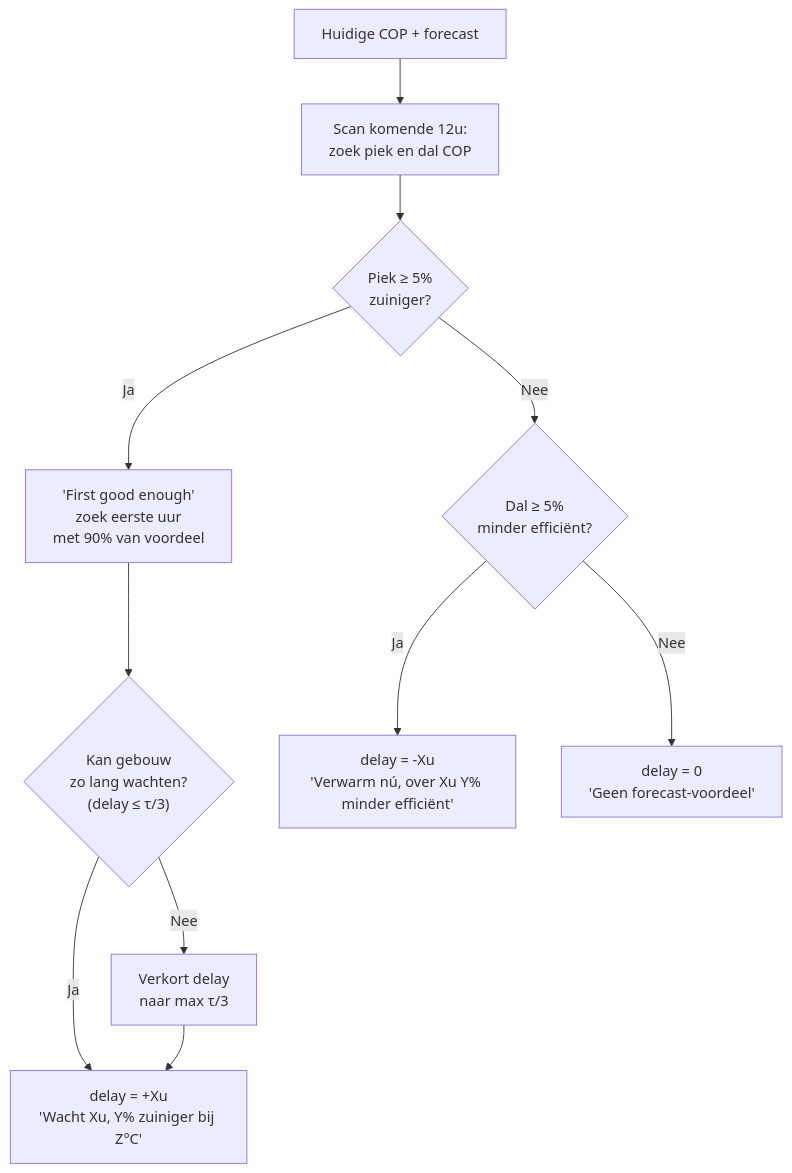
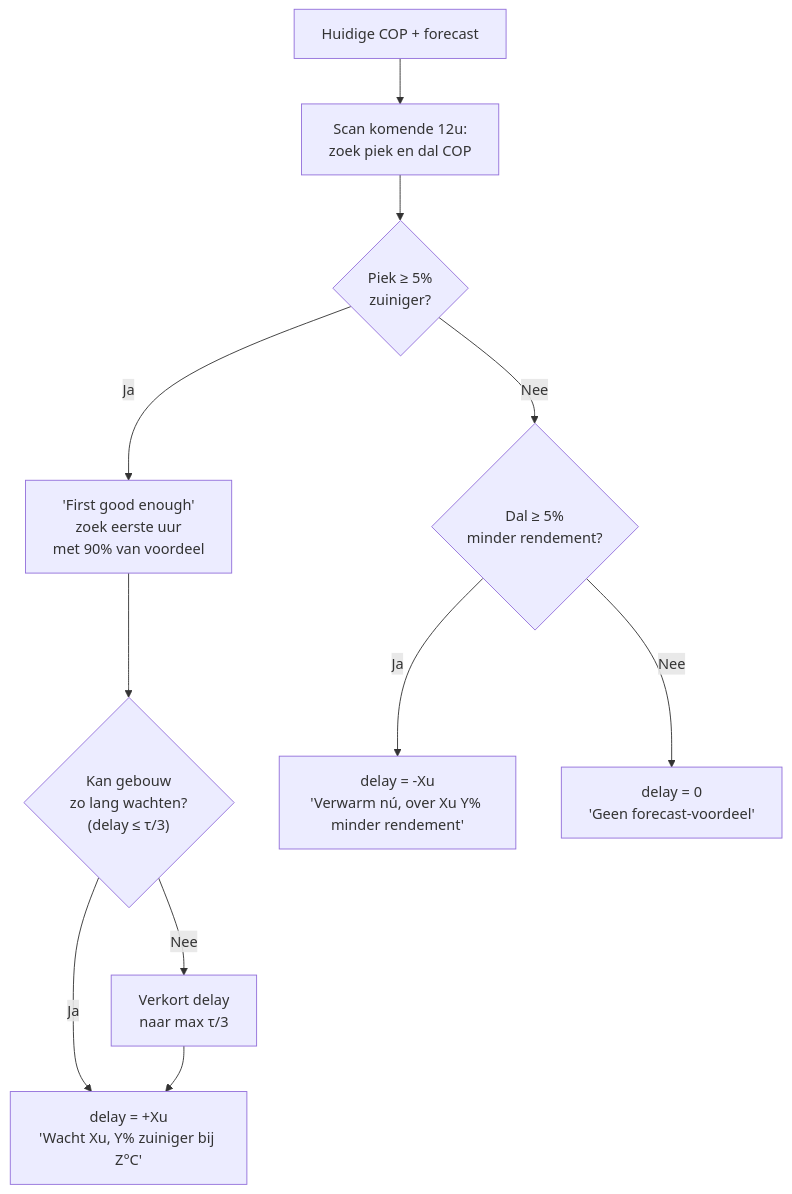
One commit to hhi/org.hhi.adlar-heatpump changed the fourth of 4 diagrams in docs/architecture/WEATHER_FORECAST.md. Above: the diagram before and after it, drawn with Mermaid. The commit also changed other lines of this file and 8 other files, not shown here.

````diff
--- a/docs/architecture/WEATHER_FORECAST.md
+++ b/docs/architecture/WEATHER_FORECAST.md
@@ -273,13 +273,13 @@
 ```mermaid
 flowchart TD
     START[Huidige COP + forecast] --> SCAN[Scan komende 12u:\nzoek piek en dal COP]
     SCAN --> RISING{Piek ≥ 5%\nzuiniger?}
     RISING -->|Ja| GOOD["'First good enough'\nzoek eerste uur\nmet 90% van voordeel"]
     GOOD --> FEASIBLE{"Kan gebouw\nzo lang wachten?\n(delay ≤ τ/3)"}
     FEASIBLE -->|Ja| ADVISE_WAIT["delay = +Xu\n'Wacht Xu, Y% zuiniger bij Z°C'"]
     FEASIBLE -->|Nee| REDUCE["Verkort delay\nnaar max τ/3"]
     REDUCE --> ADVISE_WAIT
-    RISING -->|Nee| DROPPING{Dal ≥ 5%\nminder efficiënt?}
-    DROPPING -->|Ja| ADVISE_NOW["delay = -Xu\n'Verwarm nú, over Xu Y% minder efficiënt'"]
+    RISING -->|Nee| DROPPING{Dal ≥ 5%\nminder rendement?}
+    DROPPING -->|Ja| ADVISE_NOW["delay = -Xu\n'Verwarm nú, over Xu Y% minder rendement'"]
     DROPPING -->|Nee| STABLE["delay = 0\n'Geen forecast-voordeel'"]
 ```
````
